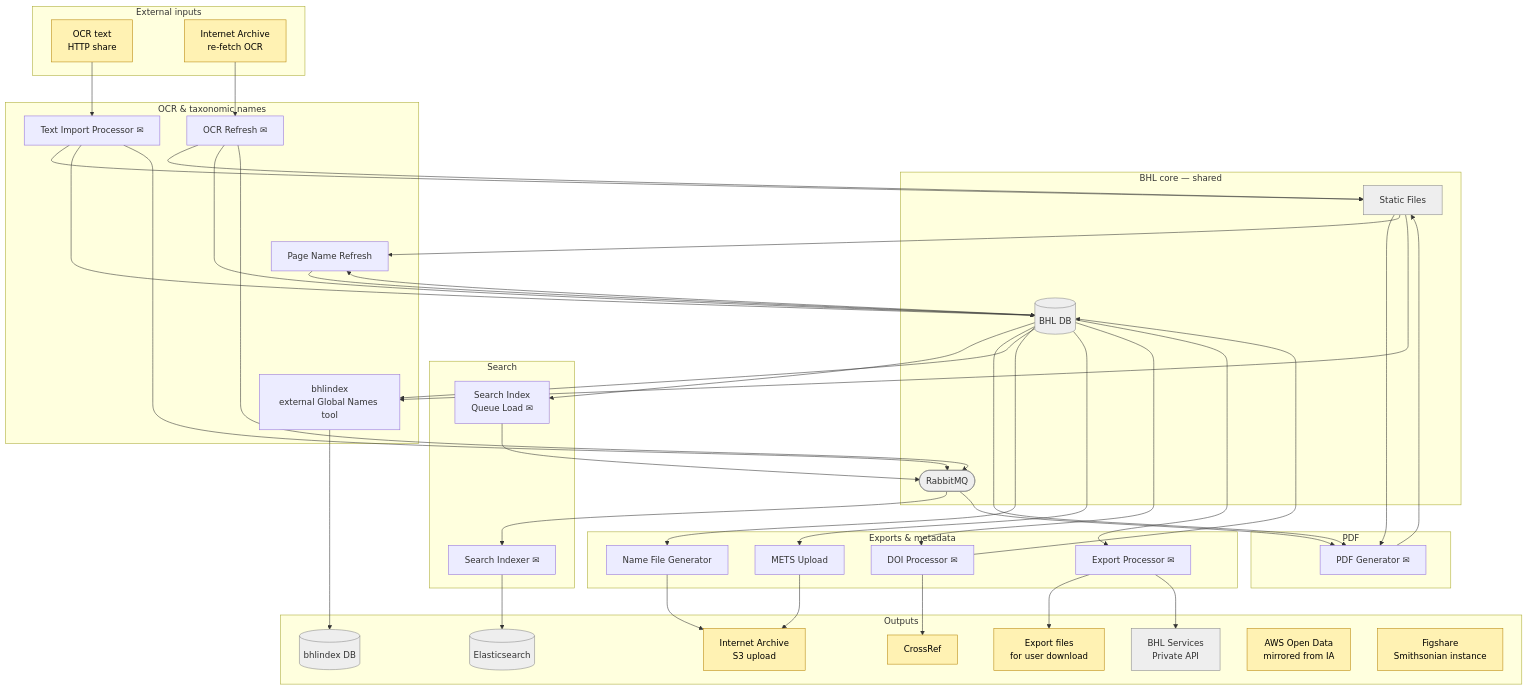
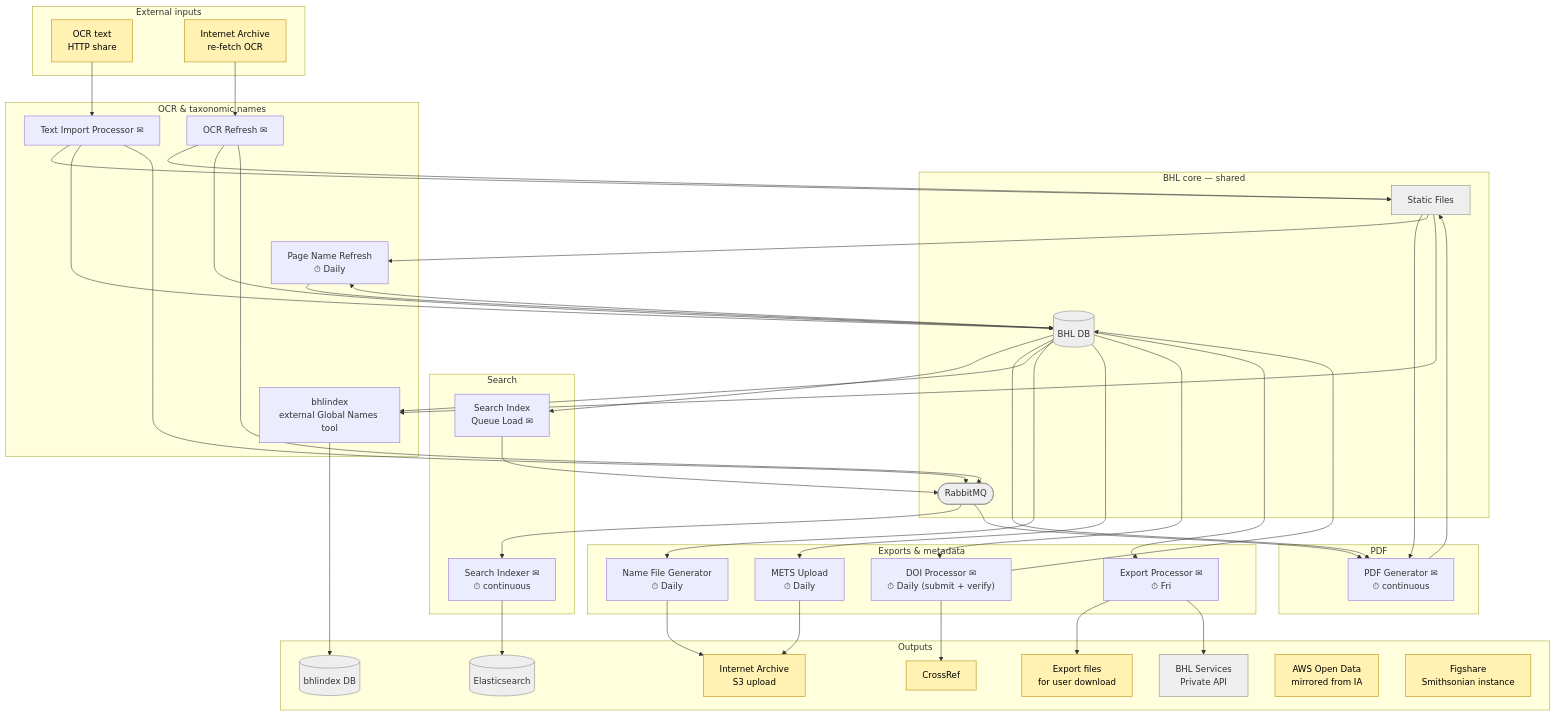
One commit to rdmpage/bhl-data-flows changed the diagram in diagrams/process.md. Above: the diagram before and after it, drawn with Mermaid. The commit also changed 4 other files, not shown here.

```diff
--- a/diagrams/process.md
+++ b/diagrams/process.md
@@ -20,25 +20,25 @@
     %% --- Processors grouped by role (✉ = node sends email) ---
     subgraph Search["Search"]
         SQL[Search Index<br/>Queue Load ✉]
-        SI[Search Indexer ✉]
+        SI["Search Indexer ✉<br/>⏱ continuous"]
     end
 
     subgraph PDF["PDF"]
-        PDFGen[PDF Generator ✉]
+        PDFGen["PDF Generator ✉<br/>⏱ continuous"]
     end
 
     subgraph OCRNames["OCR & taxonomic names"]
         TextImp[Text Import Processor ✉]
         OcrRef[OCR Refresh ✉]
-        NameRef[Page Name Refresh]
+        NameRef["Page Name Refresh<br/>⏱ Daily"]
         BhlIndex[bhlindex<br/>external Global Names tool]
     end
 
     subgraph ExportsMeta["Exports & metadata"]
-        NameFile[Name File Generator]
-        METS[METS Upload]
-        DOI[DOI Processor ✉]
-        Export[Export Processor ✉]
+        NameFile["Name File Generator<br/>⏱ Daily"]
+        METS["METS Upload<br/>⏱ Daily"]
+        DOI["DOI Processor ✉<br/>⏱ Daily (submit + verify)"]
+        Export["Export Processor ✉<br/>⏱ Fri"]
     end
 
     %% --- Outputs (sinks) ---
```
